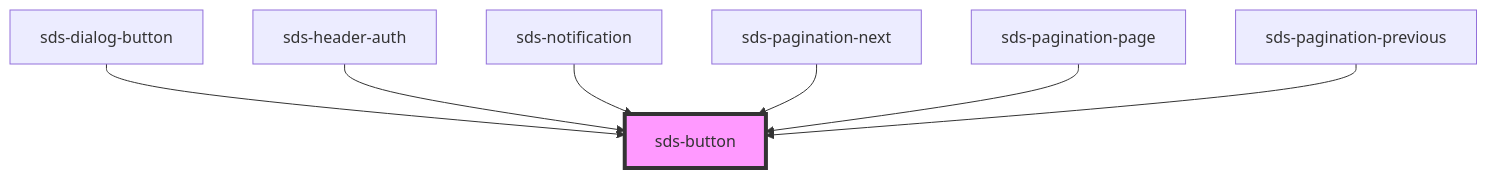
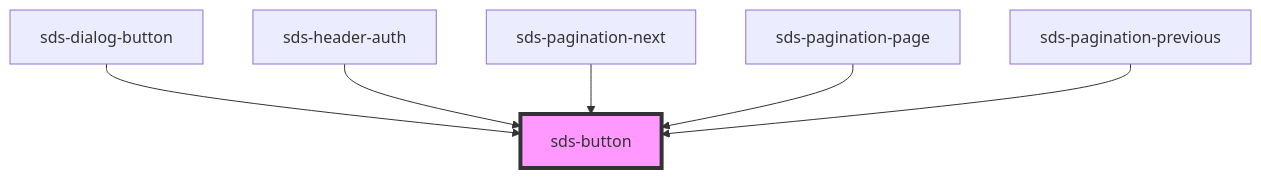
The diagram in packages/sds-web-components/src/ui/primitives/button/sds-button/readme.md (chodgesfigma/sds-mono), drawn with Mermaid before and after one commit. The commit also changed other lines of this file and 10 other files, not shown here.

````diff
--- a/packages/sds-web-components/src/ui/primitives/button/sds-button/readme.md
+++ b/packages/sds-web-components/src/ui/primitives/button/sds-button/readme.md
@@ -28,10 +27,9 @@
 ```mermaid
 graph TD;
   sds-dialog-button --> sds-button
   sds-header-auth --> sds-button
-  sds-notification --> sds-button
   sds-pagination-next --> sds-button
   sds-pagination-page --> sds-button
   sds-pagination-previous --> sds-button
   style sds-button fill:#f9f,stroke:#333,stroke-width:4px
 ```
````
